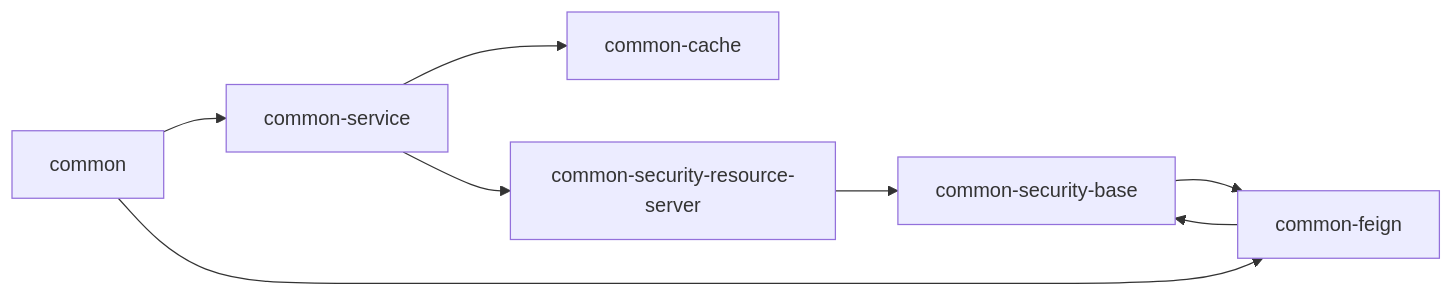
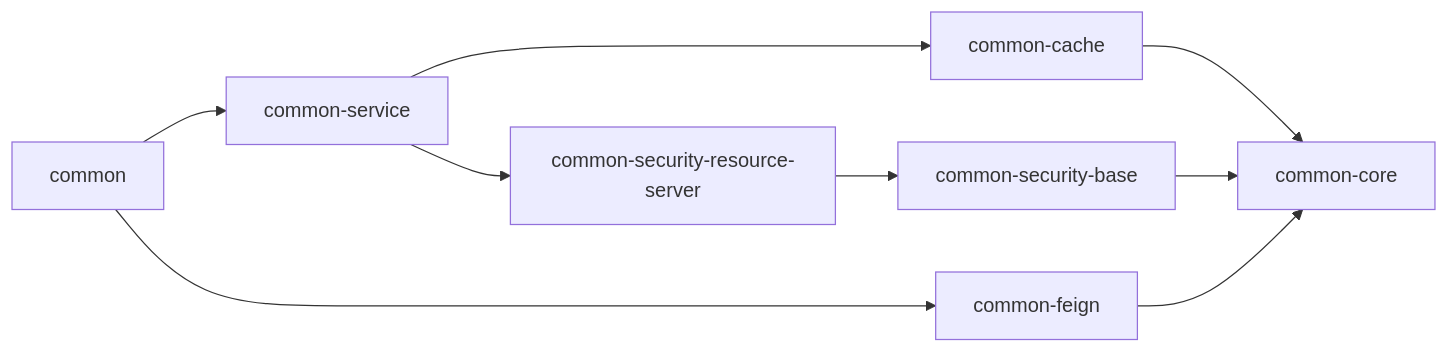
One commit to wowo404/justing-cloud changed the diagram in cloud-common/README.md. Above: the diagram before and after it, drawn with Mermaid. The commit also changed 6 other files, not shown here.

````diff
--- a/cloud-common/README.md
+++ b/cloud-common/README.md
@@ -16,6 +16,6 @@
 ```mermaid
 graph LR
-    A[common] --> B[common-service] --> C[common-cache]
-                                  B --> D[common-security-resource-server] --> E[common-security-base] --> F[common-core]
-            A --> F[common-feign] --> E
+    A[common] --> B[common-service] --> C[common-cache] --> F[common-core]
+                                  B --> D[common-security-resource-server] --> E[common-security-base] --> F
+            A --> G[common-feign] --> F
 ```
````
